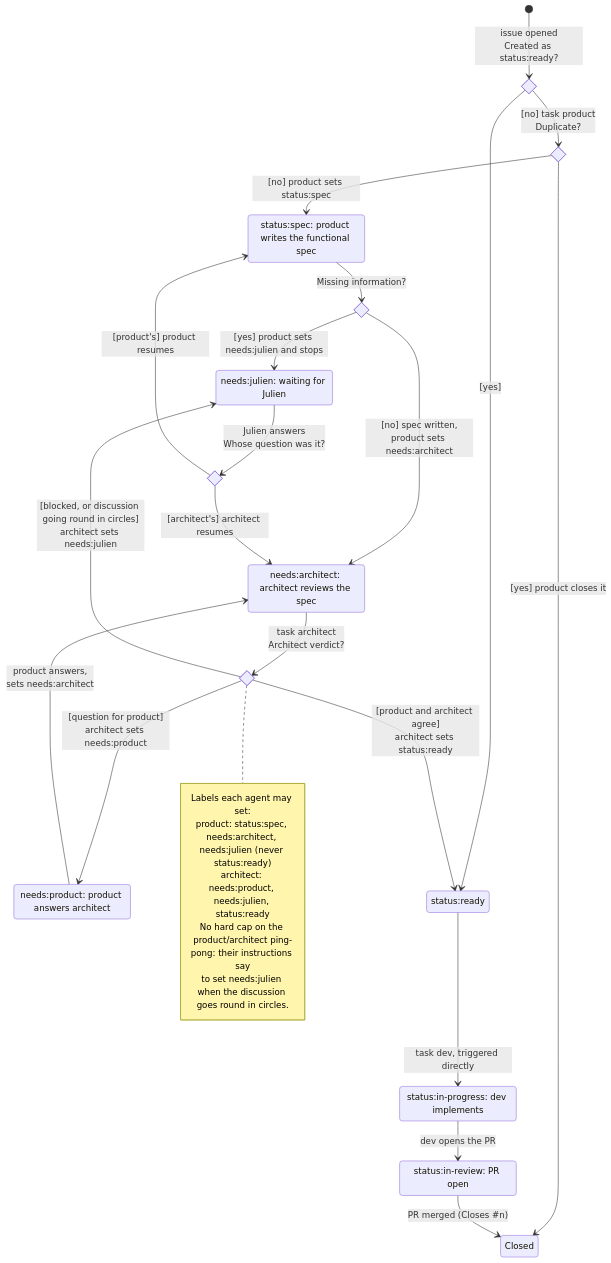
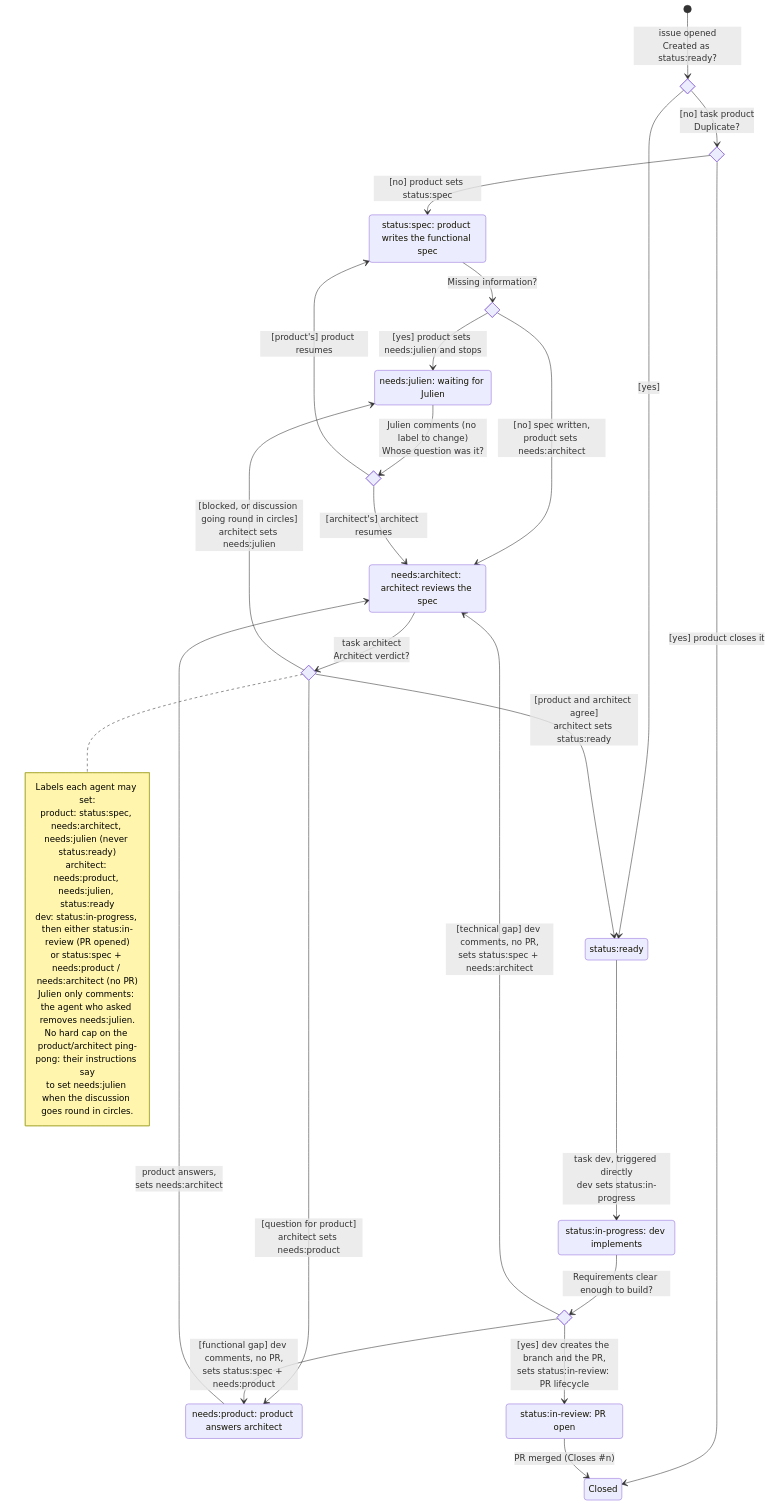
One commit to BarbeRouss/HouseFlow changed the third of 3 diagrams in docs/architecture/hf-dispatch-states.md. Above: the diagram before and after it, drawn with Mermaid. The commit also changed other lines of this file, not shown here.

Commit message:
docs(architecture): dev exits in the target issue lifecycle

````diff
--- a/docs/architecture/hf-dispatch-states.md
+++ b/docs/architecture/hf-dispatch-states.md
@@ -156,46 +157,53 @@
 ```mermaid
 stateDiagram-v2
     direction TB
 
     state "status:spec: product writes the functional spec" as Spec
     state "needs:architect: architect reviews the spec" as NeedsArchitect
     state "needs:product: product answers architect" as NeedsProduct
     state "needs:julien: waiting for Julien" as WaitingJulien
     state "status:ready" as Ready
     state "status:in-progress: dev implements" as InProgress
     state "status:in-review: PR open" as InReview
     state "Closed" as Closed
     state cCreated <<choice>>
     state cDuplicate <<choice>>
     state cInfo <<choice>>
     state cArchitect <<choice>>
     state cAnswer <<choice>>
+    state cClear <<choice>>
 
     [*] --> cCreated: issue opened<br/>Created as status:ready?
     cCreated --> Ready: [yes]
     cCreated --> cDuplicate: [no] task product<br/>Duplicate?
     cDuplicate --> Closed: [yes] product closes it
     cDuplicate --> Spec: [no] product sets status:spec
     Spec --> cInfo: Missing information?
     cInfo --> WaitingJulien: [yes] product sets needs:julien and stops
     cInfo --> NeedsArchitect: [no] spec written,<br/>product sets needs:architect
     NeedsArchitect --> cArchitect: task architect<br/>Architect verdict?
     cArchitect --> NeedsProduct: [question for product]<br/>architect sets needs:product
     NeedsProduct --> NeedsArchitect: product answers,<br/>sets needs:architect
     cArchitect --> WaitingJulien: [blocked, or discussion going round in circles]<br/>architect sets needs:julien
     cArchitect --> Ready: [product and architect agree]<br/>architect sets status:ready
-    WaitingJulien --> cAnswer: Julien answers<br/>Whose question was it?
+    WaitingJulien --> cAnswer: Julien comments (no label to change)<br/>Whose question was it?
     cAnswer --> Spec: [product's] product resumes
     cAnswer --> NeedsArchitect: [architect's] architect resumes
-    Ready --> InProgress: task dev, triggered directly
-    InProgress --> InReview: dev opens the PR
+    Ready --> InProgress: task dev, triggered directly<br/>dev sets status:in-progress
+    InProgress --> cClear: Requirements clear enough to build?
+    cClear --> InReview: [yes] dev creates the branch and the PR,<br/>sets status:in-review: PR lifecycle
+    cClear --> NeedsProduct: [functional gap] dev comments, no PR,<br/>sets status:spec + needs:product
+    cClear --> NeedsArchitect: [technical gap] dev comments, no PR,<br/>sets status:spec + needs:architect
     InReview --> Closed: PR merged (Closes #n)
 
     note right of cArchitect
         Labels each agent may set:
         product: status:spec, needs:architect, needs:julien (never status:ready)
         architect: needs:product, needs:julien, status:ready
+        dev: status:in-progress, then either status:in-review (PR opened)
+             or status:spec + needs:product / needs:architect (no PR)
+        Julien only comments: the agent who asked removes needs:julien.
         No hard cap on the product/architect ping-pong: their instructions say
         to set needs:julien when the discussion goes round in circles.
     end note
 ```
````
